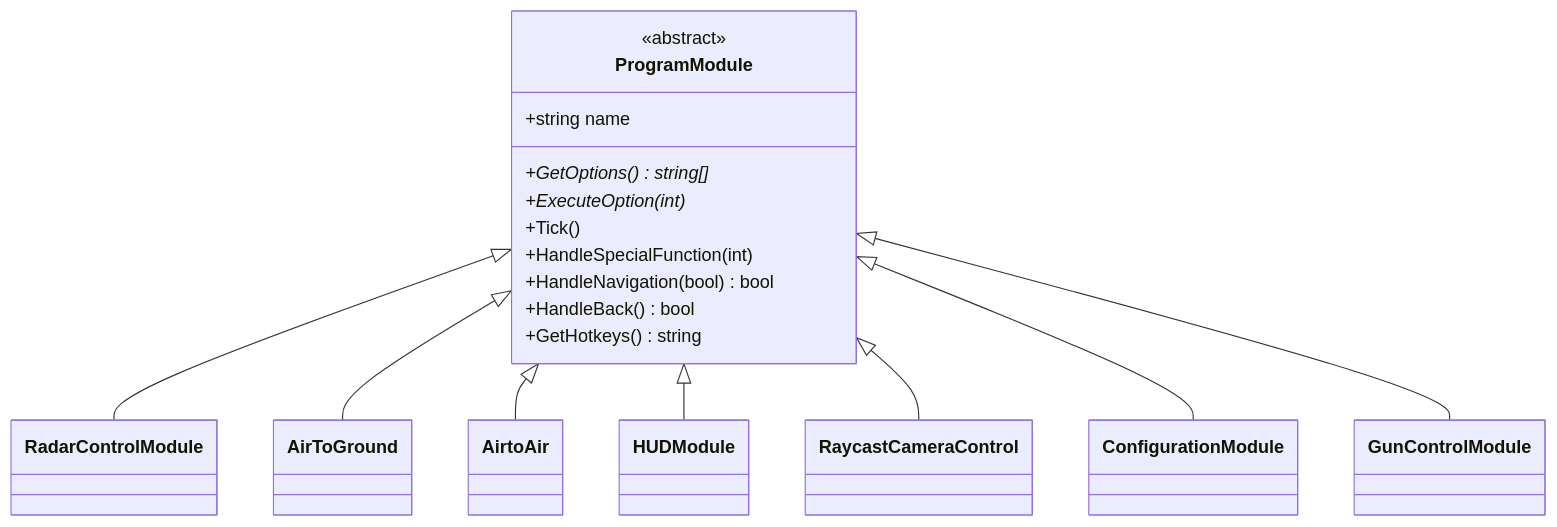
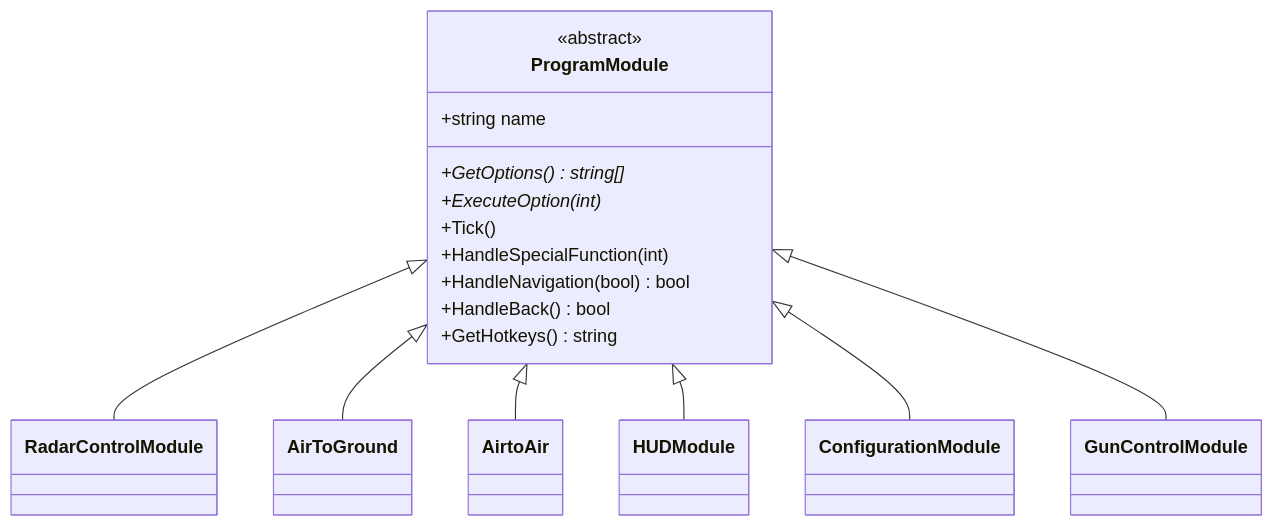
The fourth of 6 diagrams in docs/architecture.md (Terilia/JetOS), drawn with Mermaid before and after one commit. The commit also changed other lines of this file and 45 other files, not shown here.

````diff
--- a/docs/architecture.md
+++ b/docs/architecture.md
@@ -107,22 +111,21 @@
 ```mermaid
 classDiagram
     class ProgramModule {
         <<abstract>>
         +string name
         +GetOptions()* string[]
         +ExecuteOption(int)*
         +Tick()
         +HandleSpecialFunction(int)
         +HandleNavigation(bool) bool
         +HandleBack() bool
         +GetHotkeys() string
     }
 
     ProgramModule <|-- RadarControlModule
     ProgramModule <|-- AirToGround
     ProgramModule <|-- AirtoAir
     ProgramModule <|-- HUDModule
-    ProgramModule <|-- RaycastCameraControl
     ProgramModule <|-- ConfigurationModule
     ProgramModule <|-- GunControlModule
 ```
````
